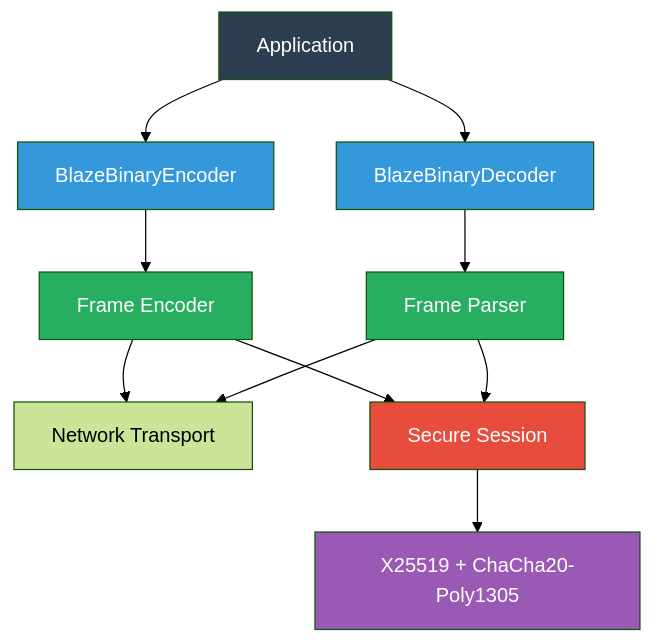
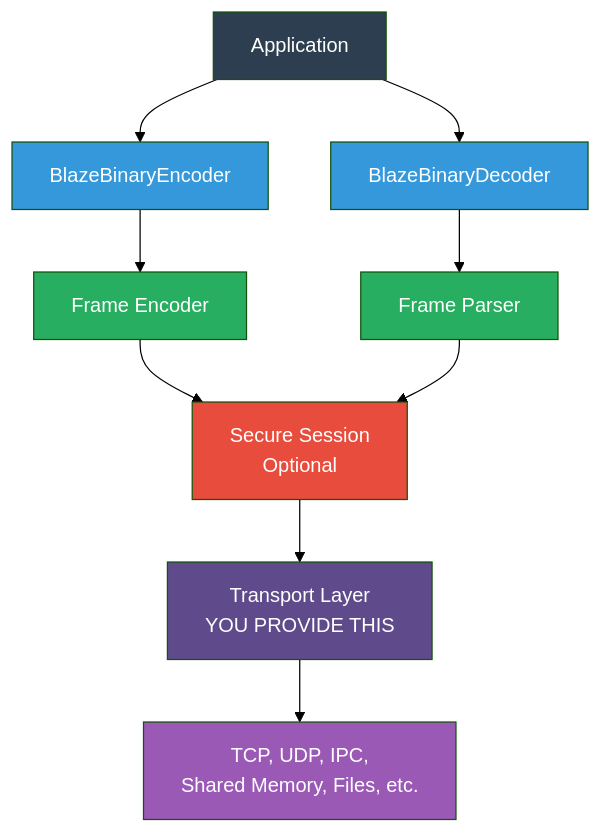
The diagram in README.md (Mikedan37/BlazeBinary), drawn with Mermaid (forest theme) before and after one commit. The commit also changed other lines of this file and 11 other files, not shown here.

````diff
--- a/README.md
+++ b/README.md
@@ -102,20 +113,20 @@
 ```mermaid
 graph TB
     A[Application] --> B[BlazeBinaryEncoder]
     A --> C[BlazeBinaryDecoder]
     B --> D[Frame Encoder]
     C --> E[Frame Parser]
-    D --> F[Network Transport]
+    D --> F[Secure Session<br/>Optional]
     E --> F
-    D --> G[Secure Session]
-    E --> G
-    G --> H[X25519 + ChaCha20-Poly1305]
+    F --> G[Transport Layer<br/>YOU PROVIDE THIS]
+    G --> H[TCP, UDP, IPC,<br/>Shared Memory, Files, etc.]
     
     style A fill:#2c3e50,color:#fff
     style B fill:#3498db,color:#fff
     style C fill:#3498db,color:#fff
     style D fill:#27ae60,color:#fff
     style E fill:#27ae60,color:#fff
-    style G fill:#e74c3c,color:#fff
+    style F fill:#e74c3c,color:#fff
+    style G fill:#5f4b8b,color:#fff
     style H fill:#9b59b6,color:#fff
 ```
````
